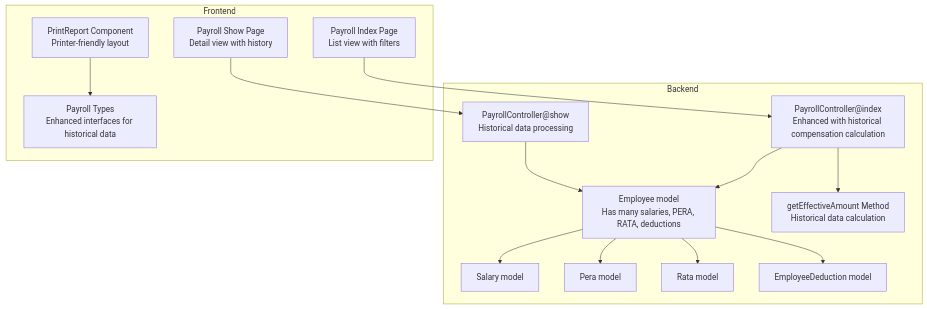
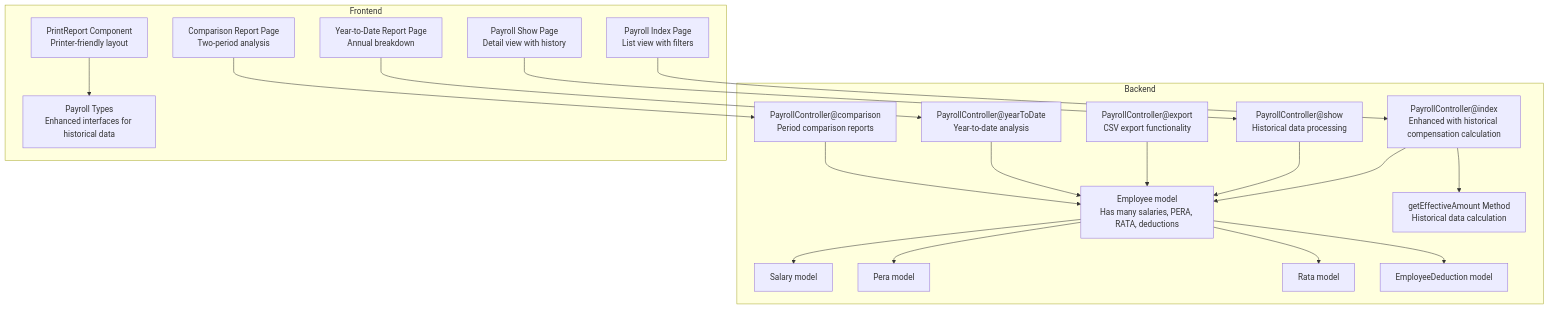
One commit to vincet0t15/template changed the first of 21 diagrams in .qoder/repowiki/en/content/Payroll System/Payroll Reports & Analytics.md. Above: the diagram before and after it, drawn with Mermaid. The commit also changed other lines of this file and 6 other files, not shown here.

````diff
--- a/.qoder/repowiki/en/content/Payroll System/Payroll Reports & Analytics.md
+++ b/.qoder/repowiki/en/content/Payroll System/Payroll Reports & Analytics.md
@@ -49,29 +55,39 @@
 ```mermaid
 graph TB
 subgraph "Backend"
 PC["PayrollController@index<br/>Enhanced with historical compensation calculation"]
 PC2["PayrollController@show<br/>Historical data processing"]
+PC3["PayrollController@export<br/>CSV export functionality"]
+PC4["PayrollController@yearToDate<br/>Year-to-date analysis"]
+PC5["PayrollController@comparison<br/>Period comparison reports"]
 EM["Employee model<br/>Has many salaries, PERA, RATA, deductions"]
 SAL["Salary model"]
 PER["Pera model"]
 RAT["Rata model"]
 EMD["EmployeeDeduction model"]
 END["getEffectiveAmount Method<br/>Historical data calculation"]
 end
 subgraph "Frontend"
 IDX["Payroll Index Page<br/>List view with filters"]
 SHW["Payroll Show Page<br/>Detail view with history"]
+CMP["Comparison Report Page<br/>Two-period analysis"]
+YTD["Year-to-Date Report Page<br/>Annual breakdown"]
 PR["PrintReport Component<br/>Printer-friendly layout"]
 TYP["Payroll Types<br/>Enhanced interfaces for historical data"]
 end
 PC --> EM
 PC2 --> EM
+PC3 --> EM
+PC4 --> EM
+PC5 --> EM
 EM --> SAL
 EM --> PER
 EM --> RAT
 EM --> EMD
 PC --> END
 IDX --> PC
 SHW --> PC2
+CMP --> PC5
+YTD --> PC4
 PR --> TYP
 ```
````
